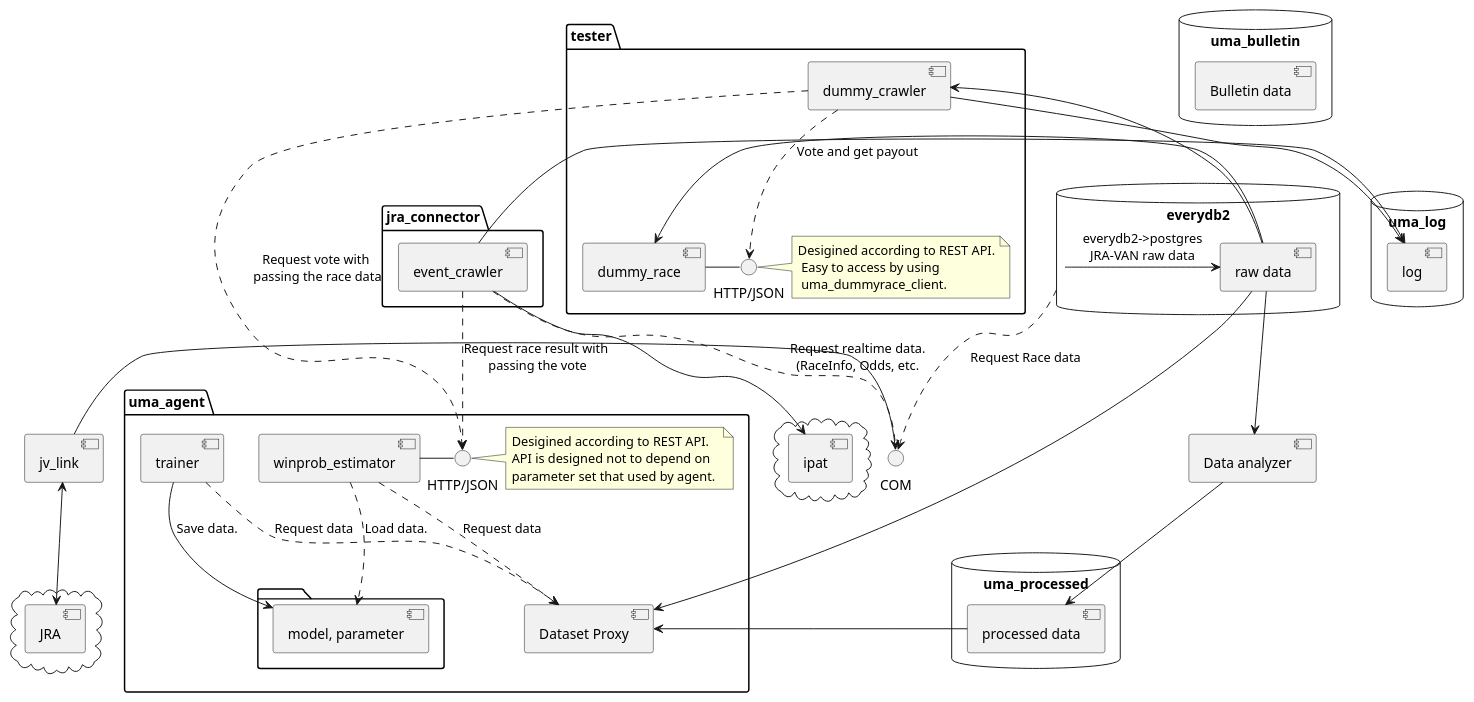
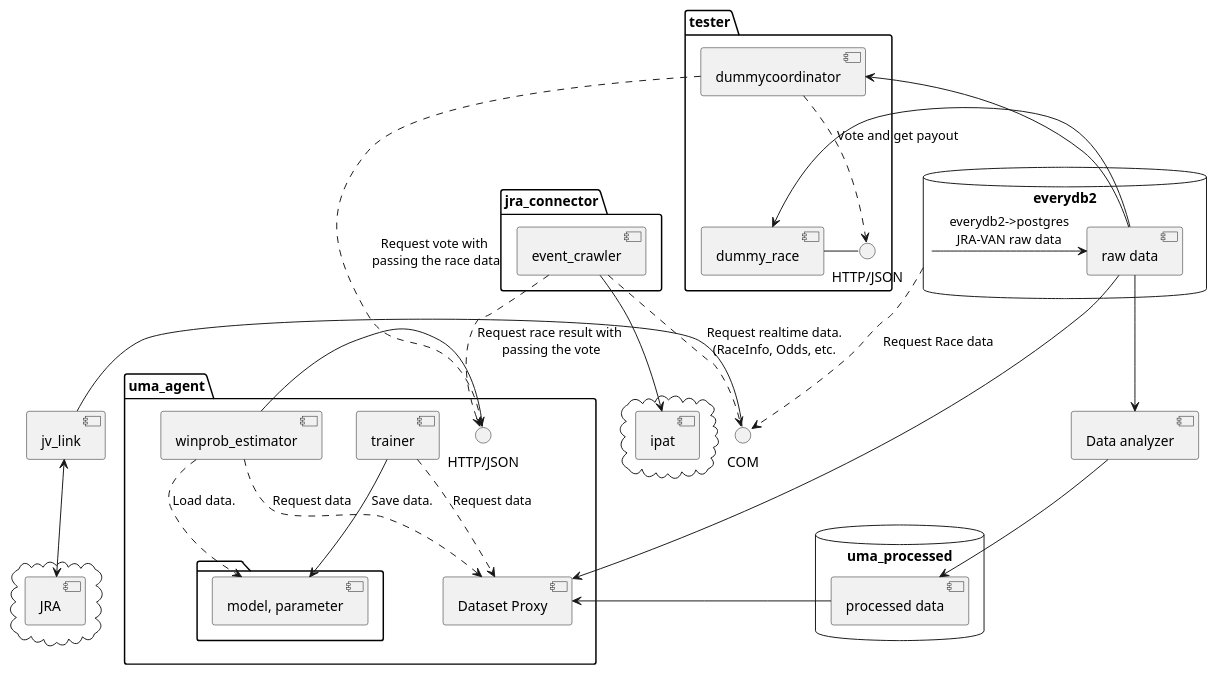
One commit to iwase22334/uma_document changed the diagram in software_design/system_overview.md. Above: the diagram before and after it, drawn with PlantUML.

```diff
--- a/software_design/system_overview.md
+++ b/software_design/system_overview.md
@@ -7,15 +7,6 @@
 database "uma_processed" {
     component "processed data" as processeddata 
 }
-
-database "uma_bulletin" {
-    component "Bulletin data" as bullet 
-}
-
-database "uma_log" {
-    [log]
-}
-
 
 interface "COM" as jv_link_if
 [jv_link] - jv_link_if 
@@ -31,11 +22,6 @@
     component "Dataset Proxy" as proxy
 
     interface "HTTP/JSON" as agent_if
-    note right
-      Desigined according to REST API.
-      API is designed not to depend on
-      parameter set that used by agent. 
-    end note
 
     folder {
         component "model, parameter" as model
@@ -52,10 +38,9 @@
 
 package "tester" { 
     interface "HTTP/JSON" as simulator_if
-    note right: Desigined according to REST API.\n Easy to access by using \n uma_dummyrace_client.
     [dummy_race] - simulator_if
-    [dummy_crawler]
-    [dummy_crawler] ..> simulator_if : "Vote and get payout" 
+    [dummycoordinator]
+    [dummycoordinator] ..> simulator_if : "Vote and get payout" 
     [dummy_race] <- [rawdata]
 }
 
@@ -70,11 +55,9 @@
 [jv_link] <--> [JRA]
 [event_crawler] ..> agent_if: "Request race result with\n passing the vote"
 [event_crawler] --> [ipat]
-[event_crawler] -> [log]
-[dummy_crawler] -> [log]
 
-[dummy_crawler] <- [rawdata]
-[dummy_crawler] ..> agent_if : "Request vote with\n passing the race data"
+[dummycoordinator] <- [rawdata]
+[dummycoordinator] ..> agent_if : "Request vote with\n passing the race data"
 
 [rawdata] -> [proxy]
 [processeddata] -> [proxy]
```
